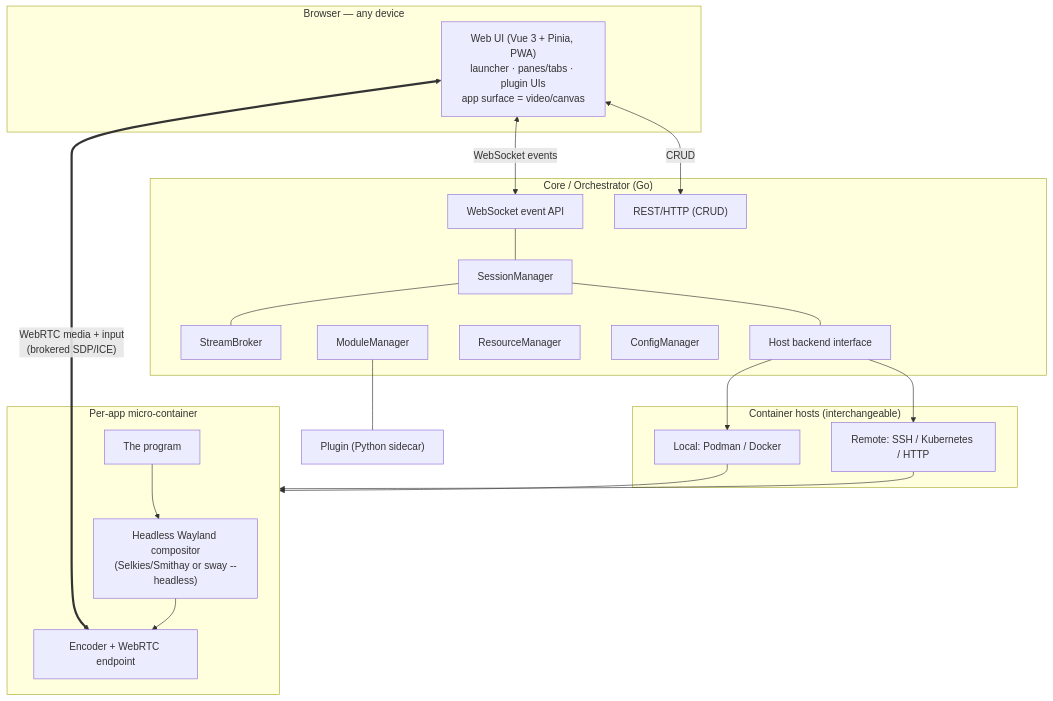
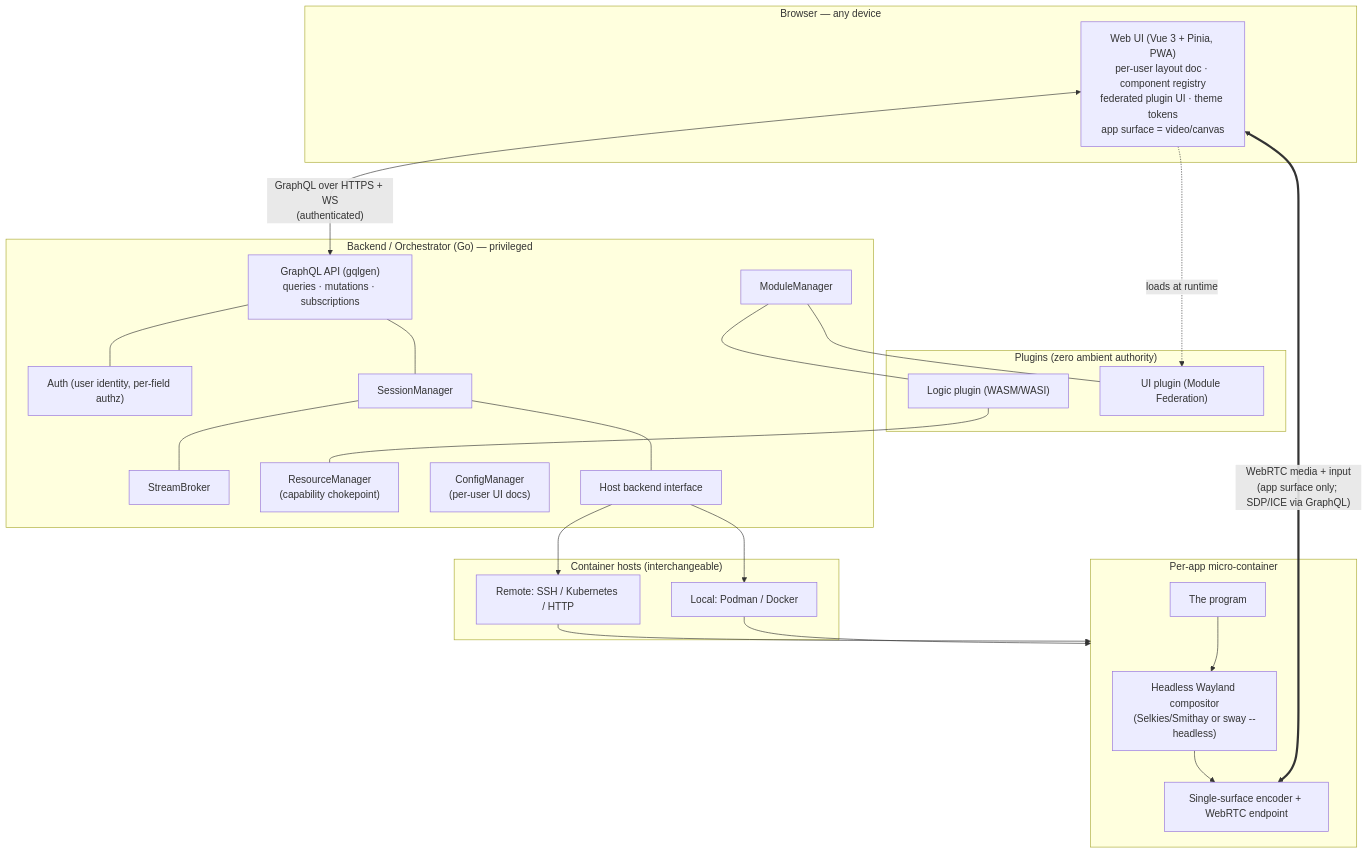
Before and after one commit to Asteb612/SandboxDesktop: the first of 3 diagrams in docs/ARCHITECTURE.md, drawn with Mermaid. The commit also changed other lines of this file and 8 other files, not shown here.

First line of the commit message:
Docs round 2: auth/GraphQL, app-only streaming, secure plugins, customizable per-user UI

````diff
--- a/docs/ARCHITECTURE.md
+++ b/docs/ARCHITECTURE.md
@@ -26,43 +30,49 @@
 ```mermaid
 flowchart TB
     subgraph Browser["Browser — any device"]
-        UI["Web UI (Vue 3 + Pinia, PWA)\nlauncher · panes/tabs · plugin UIs\napp surface = video/canvas"]
+        UI["Web UI (Vue 3 + Pinia, PWA)\nper-user layout doc · component registry\nfederated plugin UI · theme tokens\napp surface = video/canvas"]
     end
 
-    subgraph Core["Core / Orchestrator (Go)"]
-        WS["WebSocket event API"]
-        REST["REST/HTTP (CRUD)"]
+    subgraph Core["Backend / Orchestrator (Go) — privileged"]
+        GQL["GraphQL API (gqlgen)\nqueries · mutations · subscriptions"]
+        AUTH["Auth (user identity, per-field authz)"]
         SM["SessionManager"]
         SB["StreamBroker"]
         MM["ModuleManager"]
-        RM["ResourceManager"]
-        CM["ConfigManager"]
+        RM["ResourceManager\n(capability chokepoint)"]
+        CM["ConfigManager\n(per-user UI docs)"]
         HB["Host backend interface"]
+    end
+
+    subgraph Plugins["Plugins (zero ambient authority)"]
+        WASMP["Logic plugin (WASM/WASI)"]
+        FEP["UI plugin (Module Federation)"]
     end
 
     subgraph Hosts["Container hosts (interchangeable)"]
         LOCAL["Local: Podman / Docker"]
         REMOTE["Remote: SSH / Kubernetes / HTTP"]
     end
 
     subgraph App["Per-app micro-container"]
         COMP["Headless Wayland compositor\n(Selkies/Smithay or sway --headless)"]
         PROG["The program"]
-        ENC["Encoder + WebRTC endpoint"]
+        ENC["Single-surface encoder + WebRTC endpoint"]
     end
 
-    PLUG["Plugin (Python sidecar)"]
-
-    UI <-->|"WebSocket events"| WS
-    UI <-->|"CRUD"| REST
-    UI <==>|"WebRTC media + input\n(brokered SDP/ICE)"| ENC
-    WS --- SM
+    UI <-->|"GraphQL over HTTPS + WS\n(authenticated)"| GQL
+    UI <==>|"WebRTC media + input\n(app surface only; SDP/ICE via GraphQL)"| ENC
+    UI -. "loads at runtime" .-> FEP
+    GQL --- AUTH
+    GQL --- SM
     SM --- SB
     SM --- HB
-    MM --- PLUG
+    MM --- WASMP
+    MM --- FEP
+    WASMP --- RM
     HB --> LOCAL
     HB --> REMOTE
     LOCAL --> App
     REMOTE --> App
     PROG --> COMP --> ENC
 ```
````
